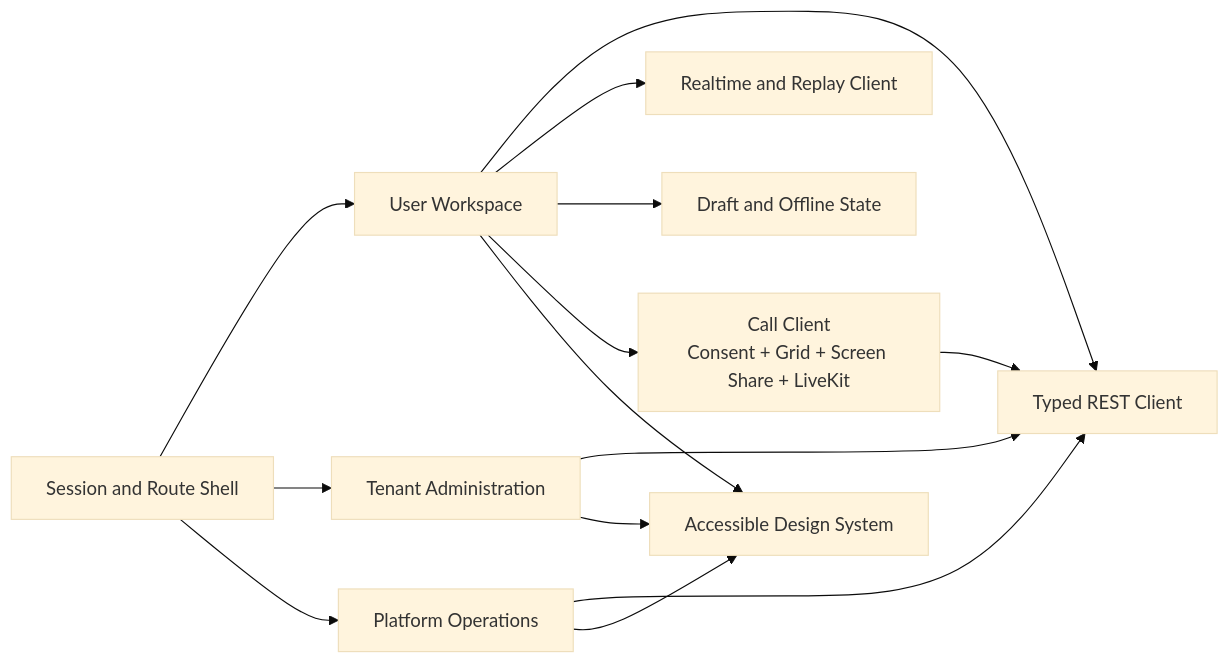
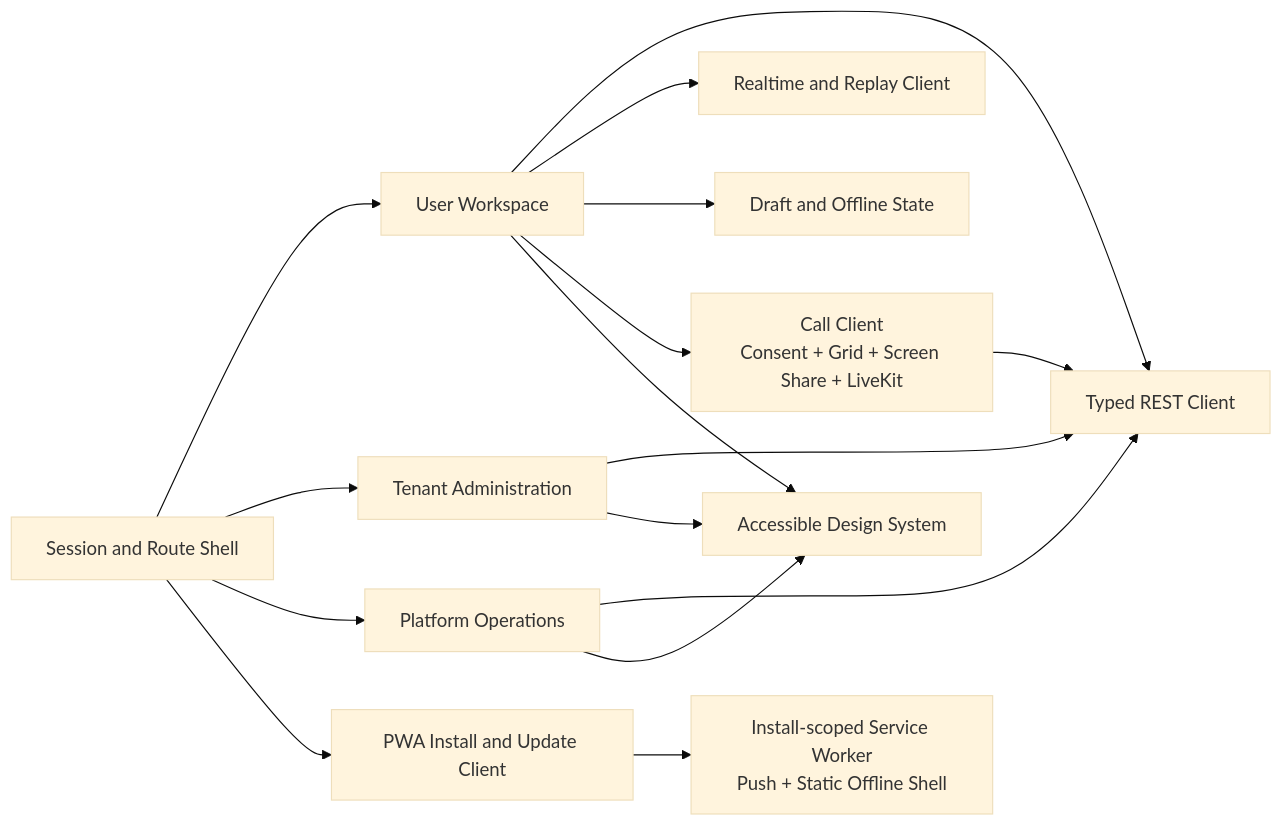
Before and after one commit to Soyuz-Tec/k-comms: the diagram in docs/02-architecture/c4/06-component-web-product.md, drawn with Mermaid (base theme). The commit also changed other lines of this file and 80 other files, not shown here.

````diff
--- a/docs/02-architecture/c4/06-component-web-product.md
+++ b/docs/02-architecture/c4/06-component-web-product.md
@@ -3,26 +3,30 @@
 ```mermaid
 flowchart LR
     Shell[Session and Route Shell]
     User[User Workspace]
     Admin[Tenant Administration]
     Ops[Platform Operations]
     API[Typed REST Client]
     Realtime[Realtime and Replay Client]
     Local[Draft and Offline State]
+    PWA[PWA Install and Update Client]
+    Worker[Install-scoped Service Worker\nPush + Static Offline Shell]
     Design[Accessible Design System]
     Media[Call Client\nConsent + Grid + Screen Share + LiveKit]
 
     Shell --> User
     Shell --> Admin
     Shell --> Ops
     User --> API
     User --> Realtime
     User --> Local
+    Shell --> PWA
+    PWA --> Worker
     User --> Media
     Media --> API
     Admin --> API
     Ops --> API
     User --> Design
     Admin --> Design
     Ops --> Design
 ```
````
